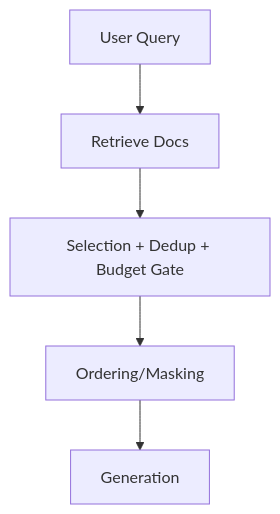
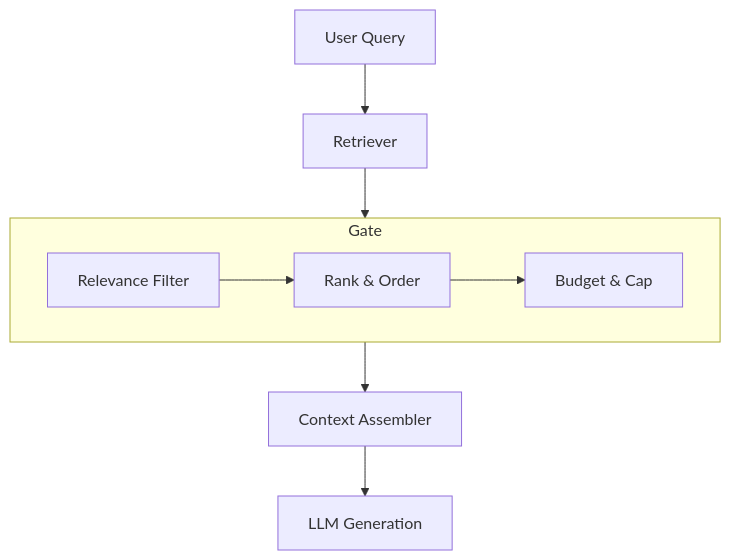
Before and after one commit to ShaileshRawat1403/context-engineering-core: the diagram in examples/minimal-rag-context-gate/README.md, drawn with Mermaid. The commit also changed other lines of this file and 22 other files, not shown here.

````diff
--- a/examples/minimal-rag-context-gate/README.md
+++ b/examples/minimal-rag-context-gate/README.md
@@ -12,7 +20,11 @@
 ```mermaid
 flowchart TD
-    Q[User Query] --> Ret[Retrieve Docs]
-    Ret --> Gate[Selection + Dedup + Budget Gate]
-    Gate --> Order[Ordering/Masking]
-    Order --> Gen[Generation]
+    Query[User Query] --> Retrieve[Retriever]
+    Retrieve --> Gate[Context Gate]
+    subgraph Gate
+        direction LR
+        Select[Relevance Filter] --> Rank[Rank & Order] --> Budget[Budget & Cap]
+    end
+    Gate --> Assemble[Context Assembler]
+    Assemble --> Gen[LLM Generation]
 ```
````
